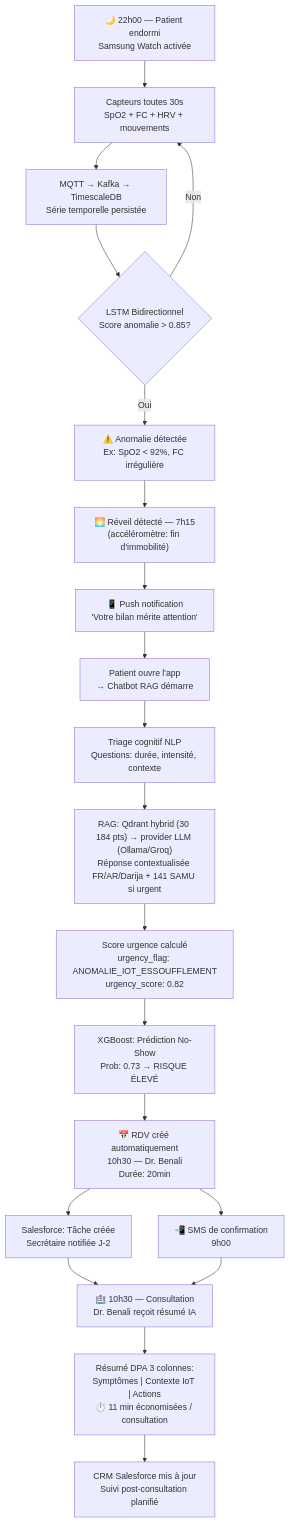
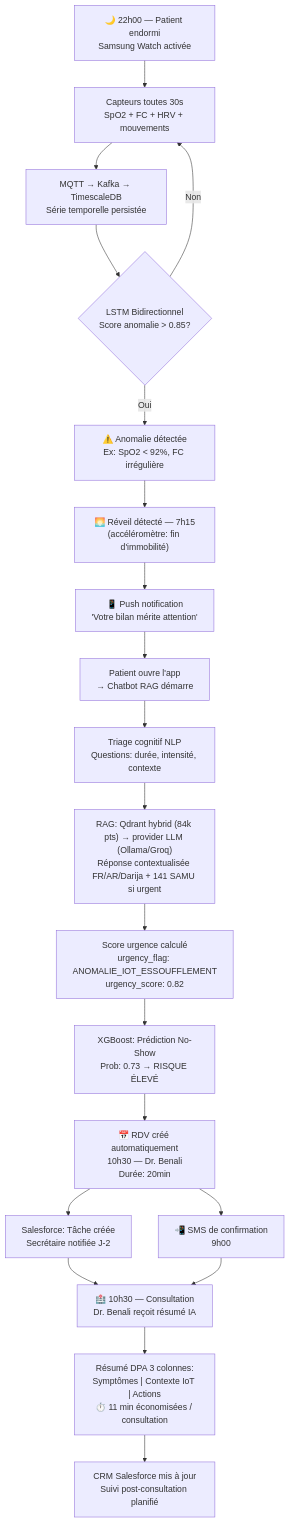
One commit to Boussyf0/MediSense-AI changed diagram 23 of 32 in docs/DIAGRAMMES.md. Above: the diagram before and after it, drawn with Mermaid. The commit also changed other lines of this file and 3 other files, not shown here.

````diff
--- a/docs/DIAGRAMMES.md
+++ b/docs/DIAGRAMMES.md
@@ -1018,28 +1018,28 @@
 ```mermaid
 flowchart TD
     A["🌙 22h00 — Patient endormi<br/>Samsung Watch activée"]
     B["Capteurs toutes 30s<br/>SpO2 + FC + HRV + mouvements"]
     C["MQTT → Kafka → TimescaleDB<br/>Série temporelle persistée"]
     D{"LSTM Bidirectionnel<br/>Score anomalie > 0.85?"}
     E["⚠️ Anomalie détectée<br/>Ex: SpO2 < 92%, FC irrégulière"]
     F["🌅 Réveil détecté — 7h15<br/>(accéléromètre: fin d'immobilité)"]
     G["📱 Push notification<br/>'Votre bilan mérite attention'"]
     H["Patient ouvre l'app<br/>→ Chatbot RAG démarre"]
     I["Triage cognitif NLP<br/>Questions: durée, intensité, contexte"]
-    J["RAG: Qdrant hybrid (30 184 pts) → provider LLM (Ollama/Groq)<br/>Réponse contextualisée FR/AR/Darija + 141 SAMU si urgent"]
+    J["RAG: Qdrant hybrid (84k pts) → provider LLM (Ollama/Groq)<br/>Réponse contextualisée FR/AR/Darija + 141 SAMU si urgent"]
     K["Score urgence calculé<br/>urgency_flag: ANOMALIE_IOT_ESSOUFFLEMENT<br/>urgency_score: 0.82"]
     L["XGBoost: Prédiction No-Show<br/>Prob: 0.73 → RISQUE ÉLEVÉ"]
     M["📅 RDV créé automatiquement<br/>10h30 — Dr. Benali<br/>Durée: 20min"]
     N["Salesforce: Tâche créée<br/>Secrétaire notifiée J-2"]
     O["📲 SMS de confirmation<br/>9h00"]
     P["🏥 10h30 — Consultation<br/>Dr. Benali reçoit résumé IA"]
     Q["Résumé DPA 3 colonnes:<br/>Symptômes | Contexte IoT | Actions<br/>⏱️ 11 min économisées / consultation"]
     R["CRM Salesforce mis à jour<br/>Suivi post-consultation planifié"]
 
     A --> B --> C --> D
     D -->|Non| B
     D -->|Oui| E --> F --> G --> H
     H --> I --> J --> K --> L --> M
     M --> N & O
     N & O --> P --> Q --> R
 ```
````
